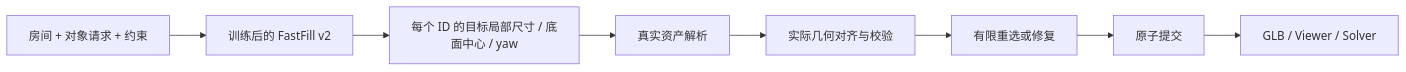
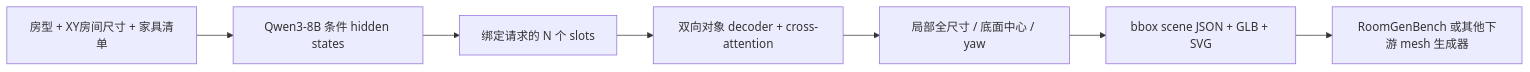
The diagram in docs/fastfill-v2-training-pipeline.md (Slian22/fastfill), drawn with Mermaid before and after one commit. The commit also changed other lines of this file and 24 other files, not shown here.

````diff
--- a/docs/fastfill-v2-training-pipeline.md
+++ b/docs/fastfill-v2-training-pipeline.md
@@ -9,10 +7,9 @@
 ```mermaid
 flowchart LR
-    A[房间 + 对象请求 + 约束] --> B[训练后的 FastFill v2]
-    B --> C[每个 ID 的目标局部尺寸 / 底面中心 / yaw]
-    C --> D[真实资产解析]
-    D --> E[实际几何对齐与校验]
-    E --> F[有限重选或修复]
-    F --> G[原子提交]
-    G --> H[GLB / Viewer / Solver]
+    A[房型 + XY房间尺寸 + 家具清单] --> B[Qwen3-8B 条件 hidden states]
+    B --> C[绑定请求的 N 个 slots]
+    C --> D[双向对象 decoder + cross-attention]
+    D --> E[局部全尺寸 / 底面中心 / yaw]
+    E --> F[bbox scene JSON + GLB + SVG]
+    F --> G[RoomGenBench 或其他下游 mesh 生成器]
 ```
````
